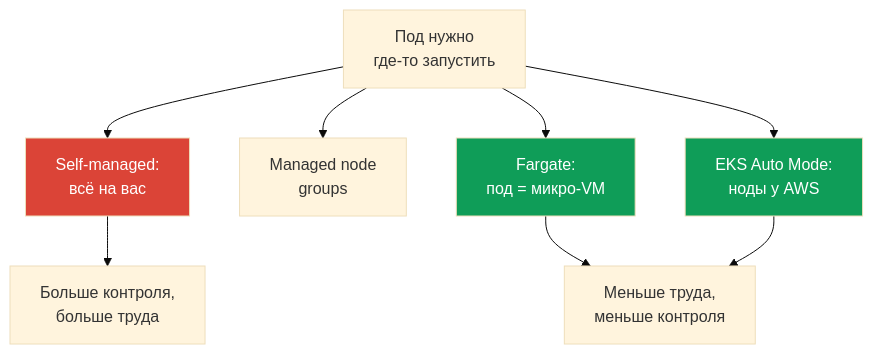
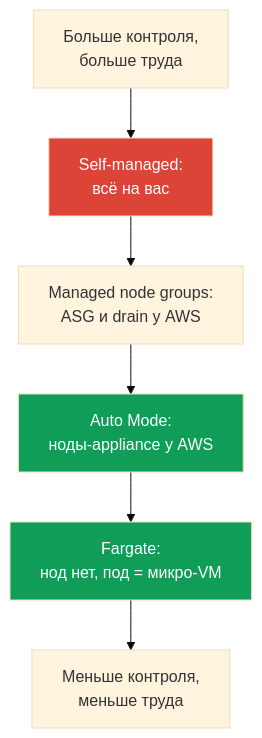
Before and after one commit to ViktorUJ/cks: the first of 2 diagrams in tasks/eks/course/09/ru.md, drawn with Mermaid (base theme). The commit also changed other lines of this file and 52 other files, not shown here.

````diff
--- a/tasks/eks/course/09/ru.md
+++ b/tasks/eks/course/09/ru.md
@@ -44,13 +44,11 @@
 ```mermaid
 flowchart TB
-    q["Под нужно<br>где-то запустить"] --> self["Self-managed:<br>всё на вас"]
-    q --> mng["Managed node<br>groups"]
-    q --> auto["EKS Auto Mode:<br>ноды у AWS"]
-    q --> far["Fargate:<br>под = микро-VM"]
-    self --> more["Больше контроля,<br>больше труда"]
-    far --> less["Меньше труда,<br>меньше контроля"]
-    auto --> less
+    more["Больше контроля,<br/>больше труда"] --> self["Self-managed:<br/>всё на вас"]
+    self --> mng["Managed node groups:<br/>ASG и drain у AWS"]
+    mng --> auto["Auto Mode:<br/>ноды-appliance у AWS"]
+    auto --> far["Fargate:<br/>нод нет, под = микро-VM"]
+    far --> less["Меньше контроля,<br/>меньше труда"]
     style self fill:#db4437,color:#fff
     style far fill:#0f9d58,color:#fff
     style auto fill:#0f9d58,color:#fff
 ```
````
